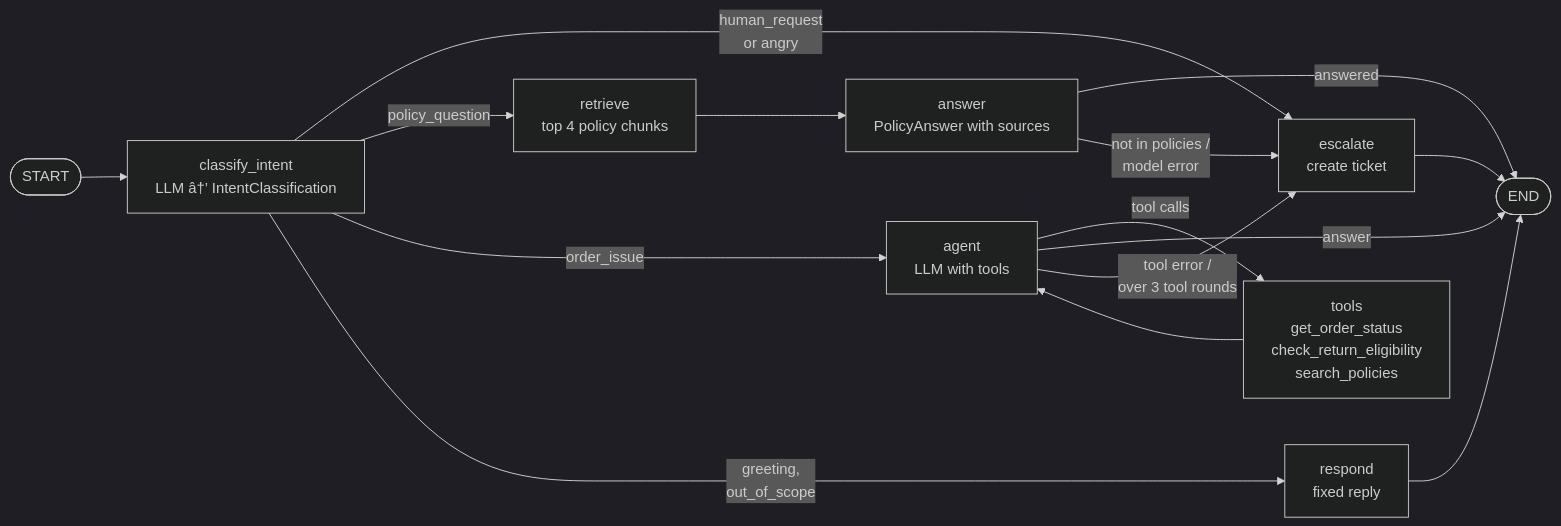
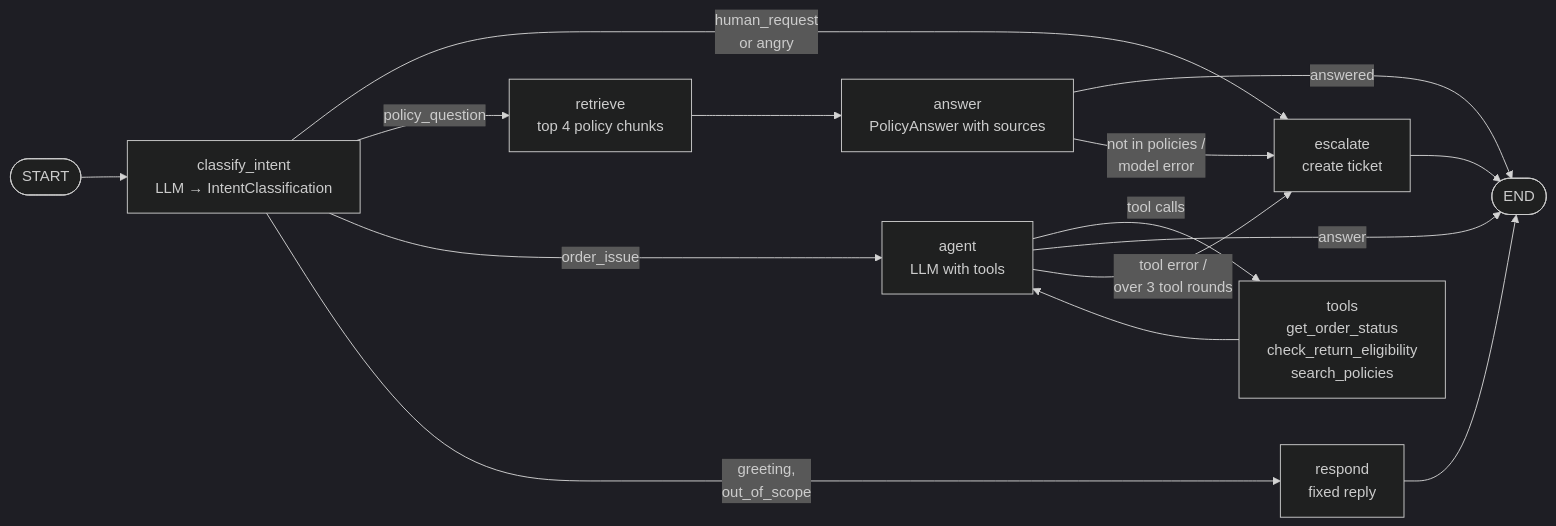
One commit to hmadhe/agentic-customer-support changed the second of 3 diagrams in README.md. Above: the diagram before and after it, drawn with Mermaid (dark theme). The commit also changed other lines of this file and 1 other file, not shown here.

````diff
--- a/README.md
+++ b/README.md
@@ -107,17 +107,17 @@
 ```mermaid
 flowchart LR
-    START([START]) --> C[classify_intent<br/>LLM â†’ IntentClassification]
+    START([START]) --> C[classify_intent<br/>LLM → IntentClassification]
     C -->|human_request<br/>or angry| E[escalate<br/>create ticket]
     C -->|policy_question| R[retrieve<br/>top 4 policy chunks]
     R --> A[answer<br/>PolicyAnswer with sources]
     A -->|answered| END([END])
     A -->|not in policies /<br/>model error| E
     C -->|order_issue| G[agent<br/>LLM with tools]
     G -->|tool calls| T[tools<br/>get_order_status<br/>check_return_eligibility<br/>search_policies]
     T --> G
     G -->|answer| END
     G -->|tool error /<br/>over 3 tool rounds| E
     C -->|greeting,<br/>out_of_scope| P[respond<br/>fixed reply]
     P --> END
     E --> END
 ```
````
